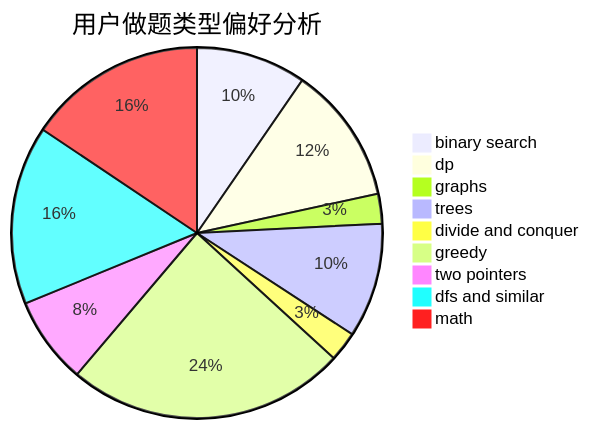
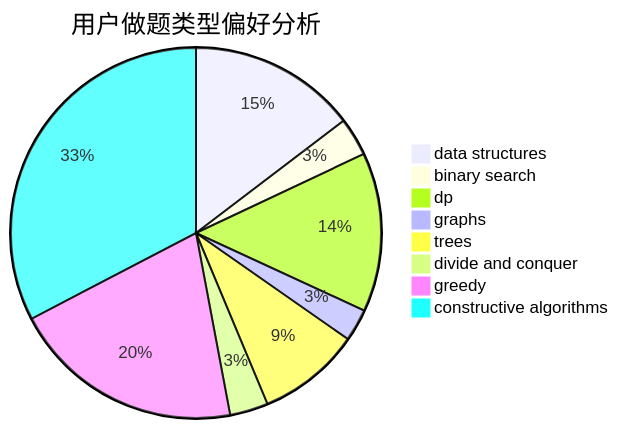
The second of 3 diagrams in docs/user/u2686.md (sherpahu/cfrs.github.io), drawn with Mermaid before and after one commit. The commit also changed other lines of this file and 2775 other files, not shown here.

````diff
--- a/docs/user/u2686.md
+++ b/docs/user/u2686.md
@@ -23,12 +23,11 @@
 ```mermaid
 pie title 用户做题类型偏好分析
-    "binary search" :  48
-    "dp" :  60
-    "graphs" :  13
-    "trees" :  50
+    "data structures" :  57
+    "binary search" :  13
+    "dp" :  54
+    "graphs" :  11
+    "trees" :  35
     "divide and conquer" :  13
-    "greedy" :  122
-    "two pointers" :  38
-    "dfs and similar" :  78
-    "math" :  78
+    "greedy" :  79
+    "constructive algorithms" :  127
 ```
````
